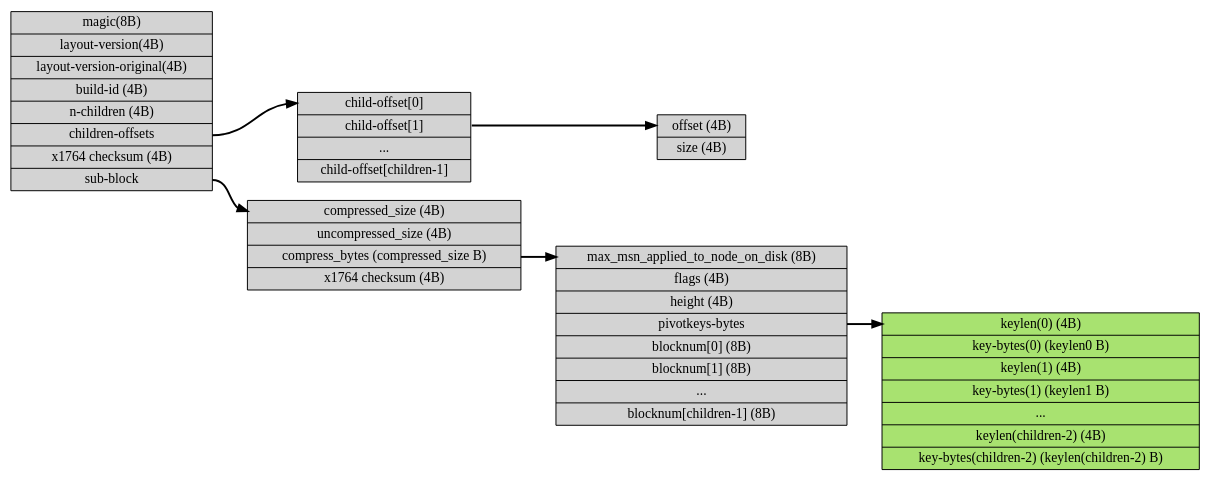
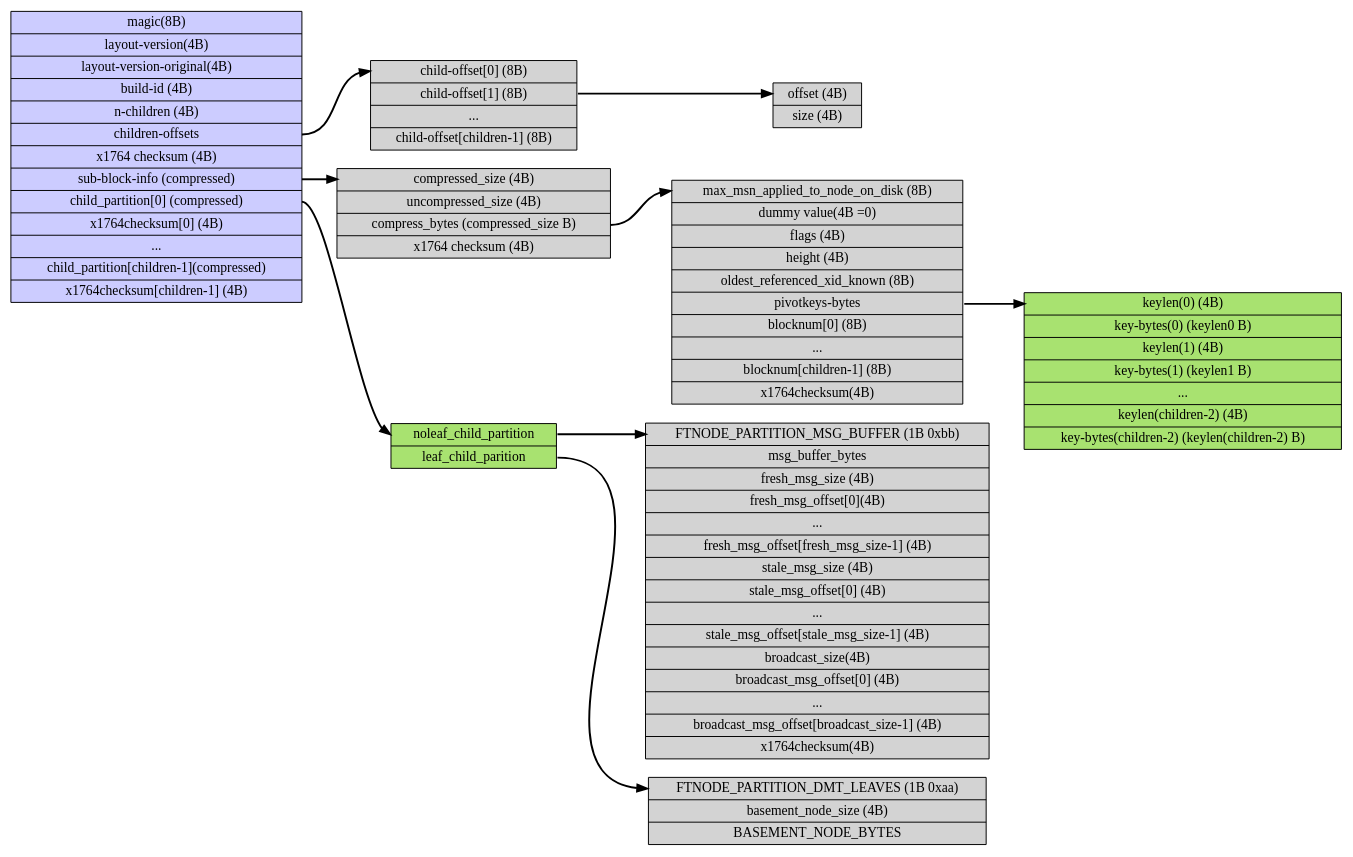
Before and after one commit to SteNicholas/openinx.github.io: the diagram in images/graphviz/node-format.dot, drawn with Graphviz. The commit also changed 10 other files, not shown here.

```diff
--- a/images/graphviz/node-format.dot
+++ b/images/graphviz/node-format.dot
@@ -1,60 +1,90 @@
 digraph{
 
 	rankdir = LR ; 
 	node [shape = record, style =filled];   
 	edge [style = bold]; 
 
 
 	node_format [ label = "magic(8B) | 
 						   layout-version(4B) | 
 						   layout-version-original(4B) | 
 						   build-id (4B) | 
 						   n-children (4B) | 
 						   <children_offsets> children-offsets |
 						   x1764 checksum (4B)|
-						   <sub_block> sub-block"]
+						   <sub_block> sub-block-info (compressed)| 
+						   <child_partition> child_partition[0] (compressed) | 
+						   x1764checksum[0] (4B)|
+						   ...|
+						   child_partition[children-1](compressed) | 
+						   x1764checksum[children-1] (4B)", fillcolor="#CCCCFF"]
 
 
-
-	children_offsets [ label = "<head> child-offset[0] | <child1> child-offset[1] | ... | child-offset[children-1]" ]
+	children_offsets [ label = "<head> child-offset[0] (8B) | <child1> child-offset[1] (8B) | ... | child-offset[children-1] (8B)" ]
 
 	child_offset [label = "<head> offset (4B) | size (4B)"]
 
 	sub_block [ label = "<head> compressed_size (4B) | 
 						 uncompressed_size (4B) | 
 						 <compress_bytes> compress_bytes (compressed_size B) | 
 						 x1764 checksum (4B)" ] 
 
-	ftnode_info [label = "<head> max_msn_applied_to_node_on_disk (8B) | 
+	sb_node_info [label = "<head> max_msn_applied_to_node_on_disk (8B) | 
+		                  dummy value(4B =0)|
 						  flags (4B) |
 						  height (4B) | 
+						  oldest_referenced_xid_known (8B) |
 						  <pivotkeys_bytes> pivotkeys-bytes|
 						  blocknum[0] (8B) |
-						  blocknum[1] (8B) |
 						  ... |
-						  blocknum[children-1] (8B) 
-						  "]
+						  blocknum[children-1] (8B) |
+						  x1764checksum(4B)"]
 
 	pivotkeys_bytes [label = "<head> keylen(0) (4B) |
 						      key-bytes(0) (keylen0 B) |
 						      keylen(1) (4B) | 
 						      key-bytes(1) (keylen1 B) | 
 						      ...  |
 						      keylen(children-2) (4B)  | 
 						      key-bytes(children-2) (keylen(children-2) B)
-						      ", fillcolor="#A8E270"];
+						      ", fillcolor="#A8E270"]
+
+	noleaf_child_partition [label = "<head> FTNODE_PARTITION_MSG_BUFFER (1B 0xbb) |
+									 msg_buffer_bytes | 
+									 fresh_msg_size (4B)| 
+									 fresh_msg_offset[0](4B)|
+									 ...|
+									 fresh_msg_offset[fresh_msg_size-1] (4B) | 
+									 stale_msg_size (4B)|
+									 stale_msg_offset[0] (4B) |
+									 ...|
+									 stale_msg_offset[stale_msg_size-1] (4B) |
+									 broadcast_size(4B) | 
+									 broadcast_msg_offset[0] (4B) |
+									 ...|
+									 broadcast_msg_offset[broadcast_size-1] (4B) |
+									 x1764checksum(4B)"]
+
+	leaf_child_parition [label = "<head> FTNODE_PARTITION_DMT_LEAVES (1B 0xaa)|
+								  basement_node_size (4B) | 
+								  BASEMENT_NODE_BYTES "]
+
+	child_partition [label = "<noleaf> noleaf_child_partition |
+						      <leaf> leaf_child_parition ", fillcolor="#A8E270" ]
+
 
 
 	node_format:children_offsets -> children_offsets:head; 
 	node_format:sub_block -> sub_block:head; 
+	node_format:child_partition -> child_partition:noleaf
 
 	children_offsets:child1 -> child_offset:head; 
 
-	sub_block:compress_bytes -> ftnode_info:head; 
+	sub_block:compress_bytes -> sb_node_info:head; 
 
+	sb_node_info:pivotkeys_bytes -> pivotkeys_bytes:head
 
-
-
-	ftnode_info:pivotkeys_bytes -> pivotkeys_bytes:head;
+	child_partition:noleaf -> noleaf_child_partition:head
+	child_partition:leaf -> leaf_child_parition:head
 
 }
```
